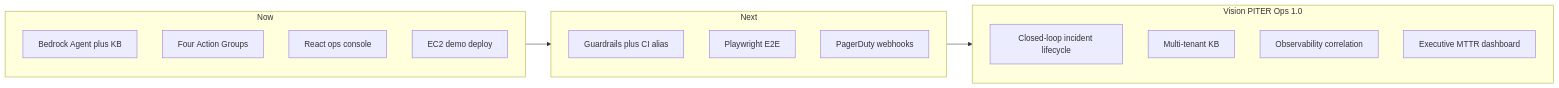
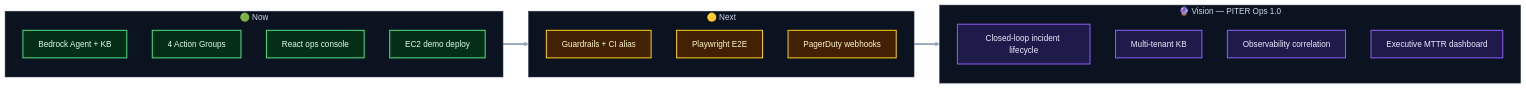
Before and after one commit to reem-mor/ai-engineering-portfolio: the fifth of 5 diagrams in projects/piter-aiops/README.md, drawn with Mermaid. The commit also changed other lines of this file and 71 other files, not shown here.

First line of the commit message:
Refactor and enhance PITER AiOps branding and functionality

````diff
--- a/projects/piter-aiops/README.md
+++ b/projects/piter-aiops/README.md
@@ -687,21 +803,29 @@
 ```mermaid
+%%{init: {'theme':'base','themeVariables':{'primaryColor':'#0b1220','primaryTextColor':'#e2e8f0','primaryBorderColor':'#22d3ee','lineColor':'#94a3b8','clusterBkg':'#0b1220','clusterBorder':'#334155'}}}%%
 flowchart LR
-  subgraph now [Now]
-    A1[Bedrock Agent plus KB]
-    A2[Four Action Groups]
-    A3[React ops console]
-    A4[EC2 demo deploy]
+  subgraph now ["🟢 Now"]
+    A1["Bedrock Agent + KB"]
+    A2["4 Action Groups"]
+    A3["React ops console"]
+    A4["EC2 demo deploy"]
   end
-  subgraph next [Next]
-    B1[Guardrails plus CI alias]
-    B2[Playwright E2E]
-    B3[PagerDuty webhooks]
+  subgraph next ["🟡 Next"]
+    B1["Guardrails + CI alias"]
+    B2["Playwright E2E"]
+    B3["PagerDuty webhooks"]
   end
-  subgraph vision [Vision PITER Ops 1.0]
-    C1[Closed-loop incident lifecycle]
-    C2[Multi-tenant KB]
-    C3[Observability correlation]
-    C4[Executive MTTR dashboard]
+  subgraph vision ["🔮 Vision — PITER Ops 1.0"]
+    C1["Closed-loop incident lifecycle"]
+    C2["Multi-tenant KB"]
+    C3["Observability correlation"]
+    C4["Executive MTTR dashboard"]
   end
-  now --> next --> vision
+  now ==> next ==> vision
+
+  classDef nowStyle fill:#052e16,stroke:#4ade80,stroke-width:2px,color:#dcfce7
+  classDef nextStyle fill:#422006,stroke:#facc15,stroke-width:2px,color:#fef9c3
+  classDef visionStyle fill:#1e1b4b,stroke:#8b5cf6,stroke-width:2px,color:#ede9fe
+  class A1,A2,A3,A4 nowStyle
+  class B1,B2,B3 nextStyle
+  class C1,C2,C3,C4 visionStyle
 ```
````
